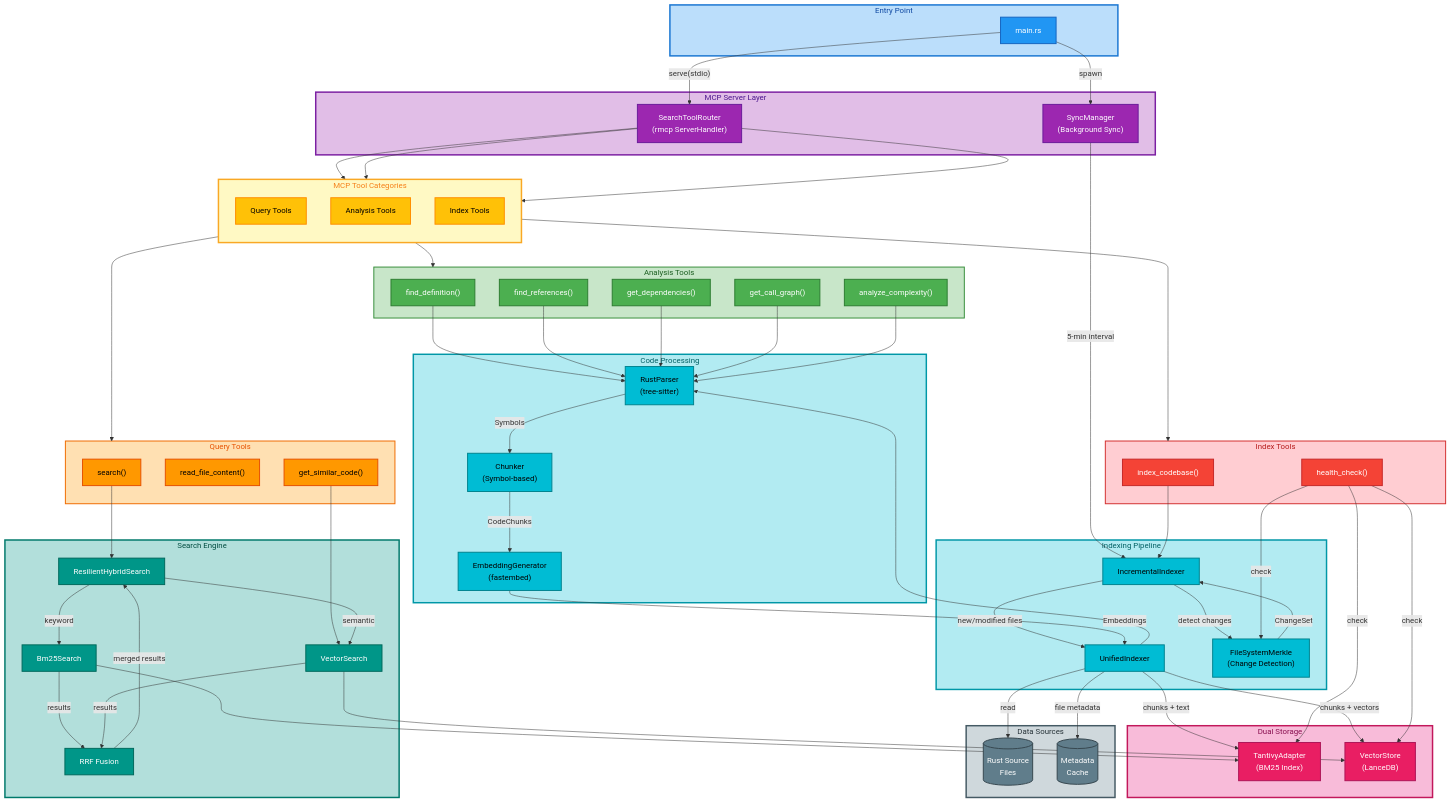
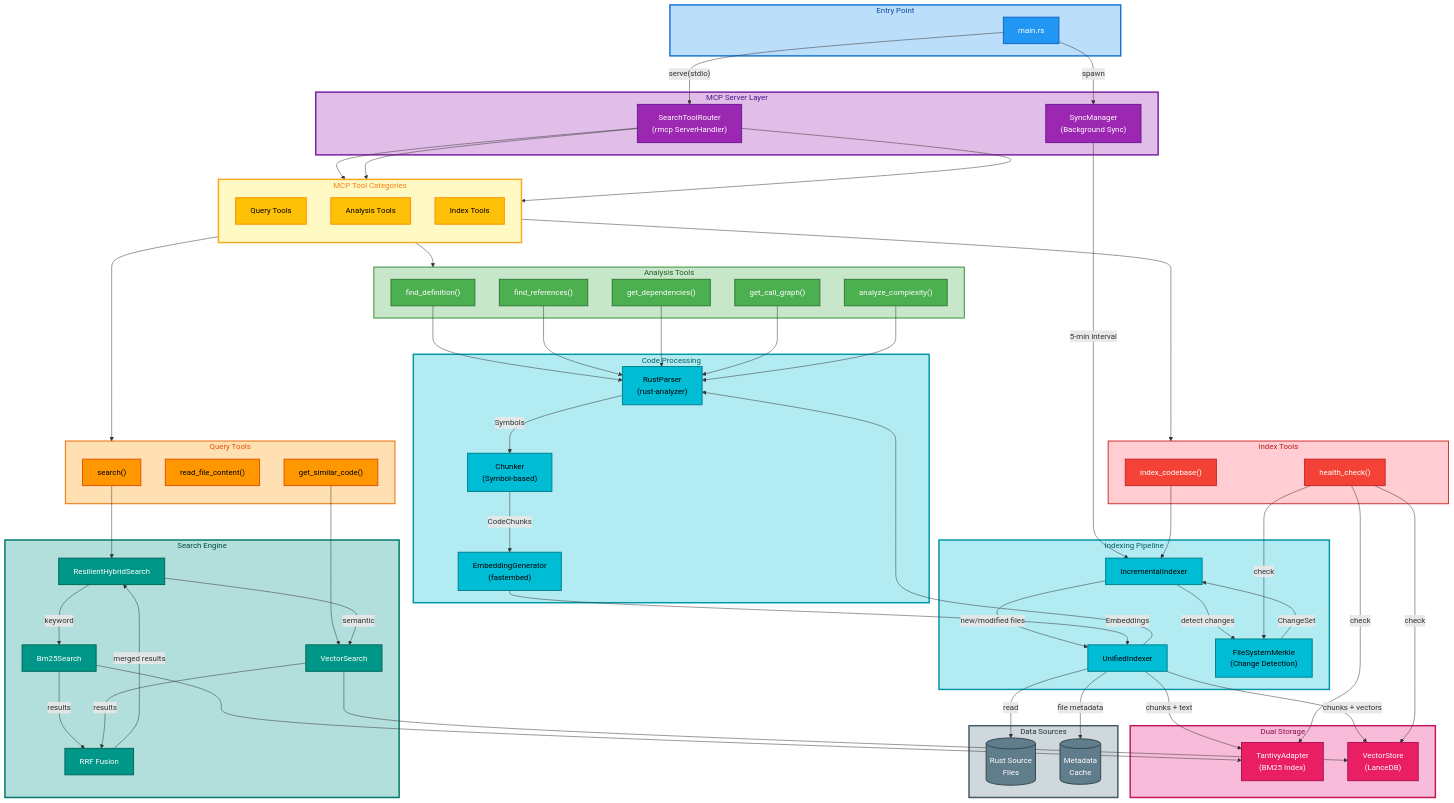
The diagram in architecture.mmd (molaco/rust-code-mcp), drawn with Mermaid before and after one commit. The commit also changed 4 other files, not shown here.

First line of the commit message:
chore: Update architecture diagram and build dependencies

```diff
--- a/architecture.mmd
+++ b/architecture.mmd
@@ -1,161 +1,161 @@
 flowchart TB
     subgraph Entry["Entry Point"]
         main["main.rs"]
     end
 
     subgraph MCP["MCP Server Layer"]
         router["SearchToolRouter<br/>(rmcp ServerHandler)"]
         sync["SyncManager<br/>(Background Sync)"]
     end
 
     subgraph Tools["MCP Tool Categories"]
         direction TB
         query["Query Tools"]
         analysis["Analysis Tools"]
         index["Index Tools"]
     end
 
     subgraph QueryTools["Query Tools"]
         search_tool["search()"]
         read_file["read_file_content()"]
         similar["get_similar_code()"]
     end
 
     subgraph AnalysisTools["Analysis Tools"]
         find_def["find_definition()"]
         find_ref["find_references()"]
         get_deps["get_dependencies()"]
         call_graph["get_call_graph()"]
         complexity["analyze_complexity()"]
     end
 
     subgraph IndexTools["Index Tools"]
         index_cb["index_codebase()"]
         health["health_check()"]
     end
 
     subgraph Indexing["Indexing Pipeline"]
         incremental["IncrementalIndexer"]
         unified["UnifiedIndexer"]
         merkle["FileSystemMerkle<br/>(Change Detection)"]
     end
 
     subgraph Processing["Code Processing"]
-        parser["RustParser<br/>(tree-sitter)"]
+        parser["RustParser<br/>(rust-analyzer)"]
         chunker["Chunker<br/>(Symbol-based)"]
         embedder["EmbeddingGenerator<br/>(fastembed)"]
     end
 
     subgraph Storage["Dual Storage"]
         tantivy["TantivyAdapter<br/>(BM25 Index)"]
         lancedb["VectorStore<br/>(LanceDB)"]
     end
 
     subgraph Search["Search Engine"]
         resilient["ResilientHybridSearch"]
         bm25["Bm25Search"]
         vector["VectorSearch"]
         rrf["RRF Fusion"]
     end
 
     subgraph DataFlow["Data Sources"]
         files[("Rust Source<br/>Files")]
         cache[("Metadata<br/>Cache")]
     end
 
     %% Entry flow
     main -->|"spawn"| sync
     main -->|"serve(stdio)"| router
 
     %% Router to tools
     router --> query
     router --> analysis
     router --> index
 
     query --> QueryTools
     analysis --> AnalysisTools
     index --> IndexTools
 
     %% Sync manager flow
     sync -->|"5-min interval"| incremental
 
     %% Index tool flow
     index_cb --> incremental
 
     %% Indexing pipeline
     incremental -->|"detect changes"| merkle
     merkle -->|"ChangeSet"| incremental
     incremental -->|"new/modified files"| unified
 
     %% Processing pipeline
     unified -->|"read"| files
     unified --> parser
     parser -->|"Symbols"| chunker
     chunker -->|"CodeChunks"| embedder
     embedder -->|"Embeddings"| unified
 
     %% Dual indexing
     unified -->|"chunks + text"| tantivy
     unified -->|"chunks + vectors"| lancedb
     unified -->|"file metadata"| cache
 
     %% Search flow
     search_tool --> resilient
     similar --> vector
 
     resilient -->|"keyword"| bm25
     resilient -->|"semantic"| vector
     bm25 --> tantivy
     vector --> lancedb
     bm25 -->|"results"| rrf
     vector -->|"results"| rrf
     rrf -->|"merged results"| resilient
 
     %% Analysis tools use parser
     find_def --> parser
     find_ref --> parser
     get_deps --> parser
     call_graph --> parser
     complexity --> parser
 
     %% Health check
     health -->|"check"| tantivy
     health -->|"check"| lancedb
     health -->|"check"| merkle
 
     %% Node Styling - Dark text on lighter backgrounds
     classDef entry fill:#2196F3,stroke:#1565C0,color:#ffffff,stroke-width:2px
     classDef mcp fill:#9C27B0,stroke:#6A1B9A,color:#ffffff,stroke-width:2px
     classDef queryTool fill:#FF9800,stroke:#E65100,color:#000000,stroke-width:2px
     classDef analysisTool fill:#4CAF50,stroke:#2E7D32,color:#ffffff,stroke-width:2px
     classDef indexTool fill:#F44336,stroke:#C62828,color:#ffffff,stroke-width:2px
     classDef process fill:#00BCD4,stroke:#00838F,color:#000000,stroke-width:2px
     classDef storage fill:#E91E63,stroke:#AD1457,color:#ffffff,stroke-width:2px
     classDef search fill:#009688,stroke:#00695C,color:#ffffff,stroke-width:2px
     classDef data fill:#607D8B,stroke:#37474F,color:#ffffff,stroke-width:2px
     classDef category fill:#FFC107,stroke:#FF8F00,color:#000000,stroke-width:2px
 
     %% Apply styles
     class main entry
     class router,sync mcp
     class query,analysis,index category
     class search_tool,read_file,similar queryTool
     class find_def,find_ref,get_deps,call_graph,complexity analysisTool
     class index_cb,health indexTool
     class parser,chunker,embedder,incremental,unified,merkle process
     class tantivy,lancedb storage
     class resilient,bm25,vector,rrf search
     class files,cache data
 
     %% Subgraph styling
     style Entry fill:#BBDEFB,stroke:#1976D2,stroke-width:3px,color:#0D47A1
     style MCP fill:#E1BEE7,stroke:#7B1FA2,stroke-width:3px,color:#4A148C
     style Tools fill:#FFF9C4,stroke:#F9A825,stroke-width:3px,color:#F57F17
     style QueryTools fill:#FFE0B2,stroke:#EF6C00,stroke-width:2px,color:#E65100
     style AnalysisTools fill:#C8E6C9,stroke:#388E3C,stroke-width:2px,color:#1B5E20
     style IndexTools fill:#FFCDD2,stroke:#D32F2F,stroke-width:2px,color:#B71C1C
     style Indexing fill:#B2EBF2,stroke:#0097A7,stroke-width:3px,color:#006064
     style Processing fill:#B2EBF2,stroke:#0097A7,stroke-width:3px,color:#006064
     style Storage fill:#F8BBD9,stroke:#C2185B,stroke-width:3px,color:#880E4F
     style Search fill:#B2DFDB,stroke:#00796B,stroke-width:3px,color:#004D40
     style DataFlow fill:#CFD8DC,stroke:#455A64,stroke-width:3px,color:#263238
```
